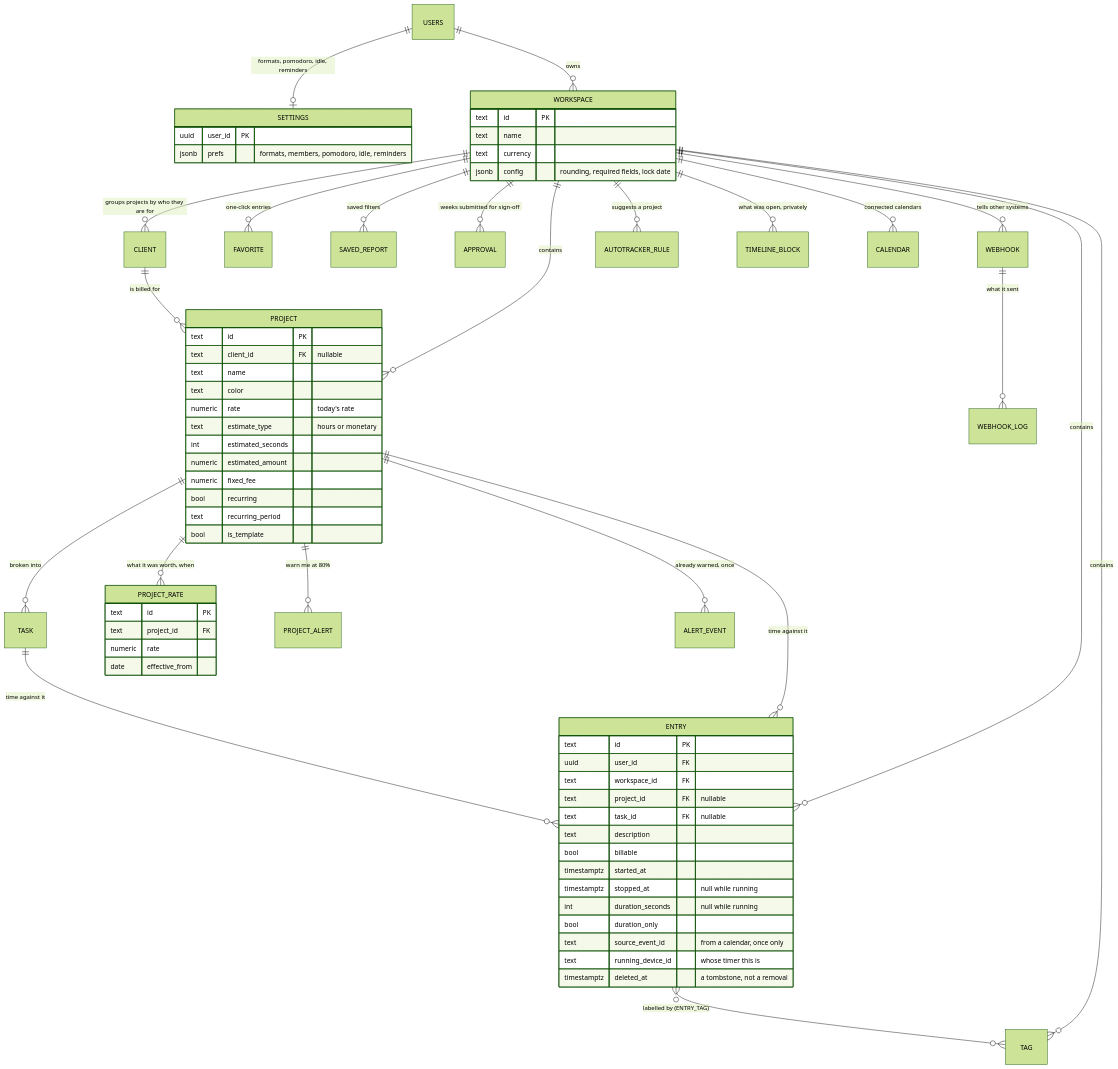
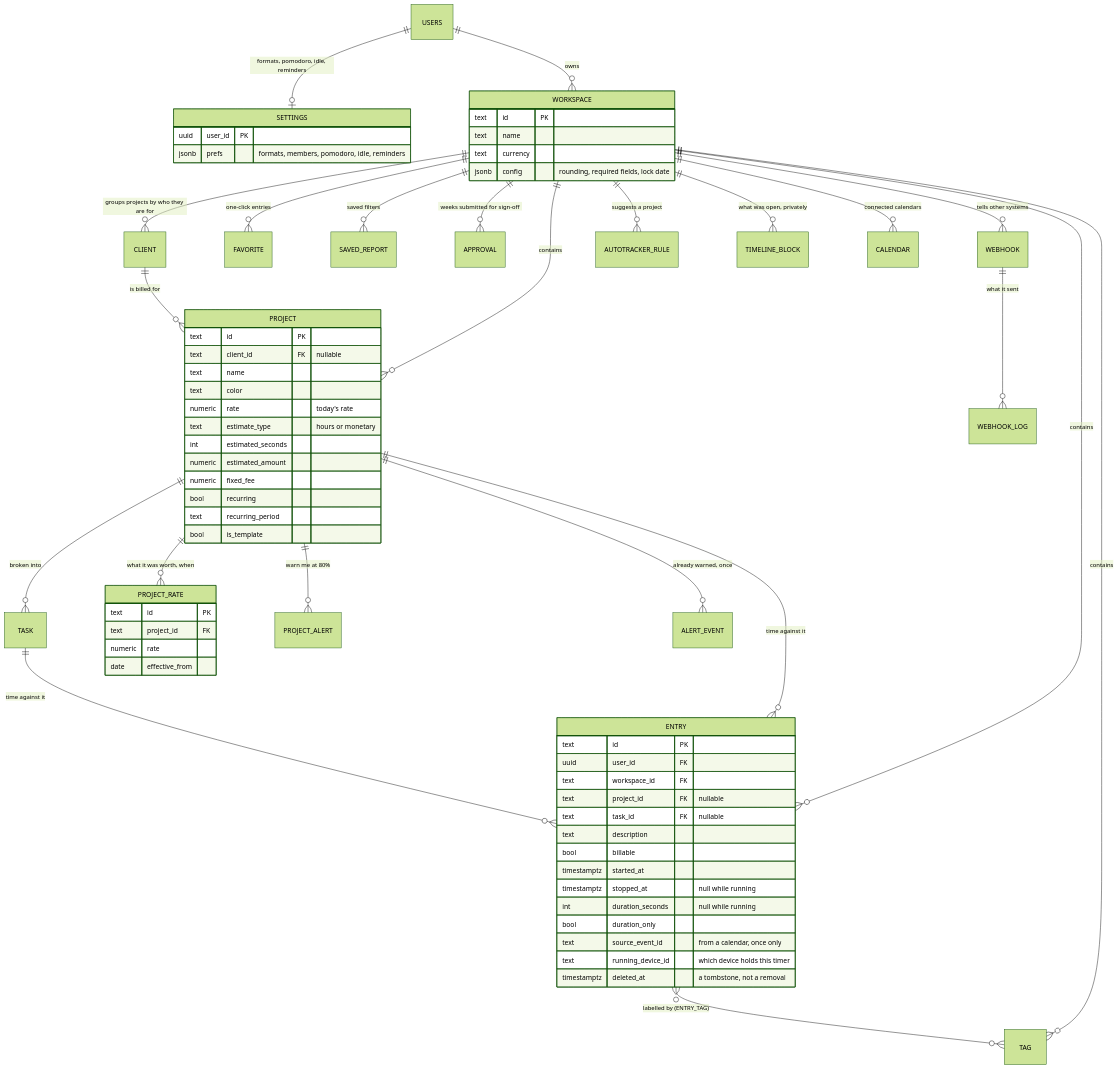
One commit to reachjvc/Daygame_coach changed the first of 2 diagrams in docs/architecture/timetrack-schema.md. Above: the diagram before and after it, drawn with Mermaid (forest theme). The commit also changed other lines of this file and 49 other files, not shown here.

````diff
--- a/docs/architecture/timetrack-schema.md
+++ b/docs/architecture/timetrack-schema.md
@@ -10,79 +10,79 @@
 ```mermaid
 erDiagram
     USERS ||--o| SETTINGS : "formats, pomodoro, idle, reminders"
     USERS ||--o{ WORKSPACE : owns
 
     WORKSPACE ||--o{ CLIENT : "groups projects by who they are for"
     WORKSPACE ||--o{ PROJECT : contains
     WORKSPACE ||--o{ TAG : contains
     WORKSPACE ||--o{ ENTRY : contains
     WORKSPACE ||--o{ FAVORITE : "one-click entries"
     WORKSPACE ||--o{ SAVED_REPORT : "saved filters"
     WORKSPACE ||--o{ APPROVAL : "weeks submitted for sign-off"
     WORKSPACE ||--o{ WEBHOOK : "tells other systems"
     WORKSPACE ||--o{ AUTOTRACKER_RULE : "suggests a project"
     WORKSPACE ||--o{ TIMELINE_BLOCK : "what was open, privately"
     WORKSPACE ||--o{ CALENDAR : "connected calendars"
 
     CLIENT ||--o{ PROJECT : "is billed for"
     PROJECT ||--o{ TASK : "broken into"
     PROJECT ||--o{ PROJECT_RATE : "what it was worth, when"
     PROJECT ||--o{ PROJECT_ALERT : "warn me at 80%"
     PROJECT ||--o{ ALERT_EVENT : "already warned, once"
     PROJECT ||--o{ ENTRY : "time against it"
     TASK ||--o{ ENTRY : "time against it"
 
     ENTRY }o--o{ TAG : "labelled by (ENTRY_TAG)"
     WEBHOOK ||--o{ WEBHOOK_LOG : "what it sent"
 
     ENTRY {
         text id PK
         uuid user_id FK
         text workspace_id FK
         text project_id FK "nullable"
         text task_id FK "nullable"
         text description
         bool billable
         timestamptz started_at
         timestamptz stopped_at "null while running"
         int duration_seconds "null while running"
         bool duration_only
         text source_event_id "from a calendar, once only"
-        text running_device_id "whose timer this is"
+        text running_device_id "which device holds this timer"
         timestamptz deleted_at "a tombstone, not a removal"
     }
 
     PROJECT {
         text id PK
         text client_id FK "nullable"
         text name
         text color
         numeric rate "today's rate"
         text estimate_type "hours or monetary"
         int estimated_seconds
         numeric estimated_amount
         numeric fixed_fee
         bool recurring
         text recurring_period
         bool is_template
     }
 
     PROJECT_RATE {
         text id PK
         text project_id FK
         numeric rate
         date effective_from
     }
 
     SETTINGS {
         uuid user_id PK
         jsonb prefs "formats, members, pomodoro, idle, reminders"
     }
 
     WORKSPACE {
         text id PK
         text name
         text currency
         jsonb config "rounding, required fields, lock date"
     }
 ```
````
